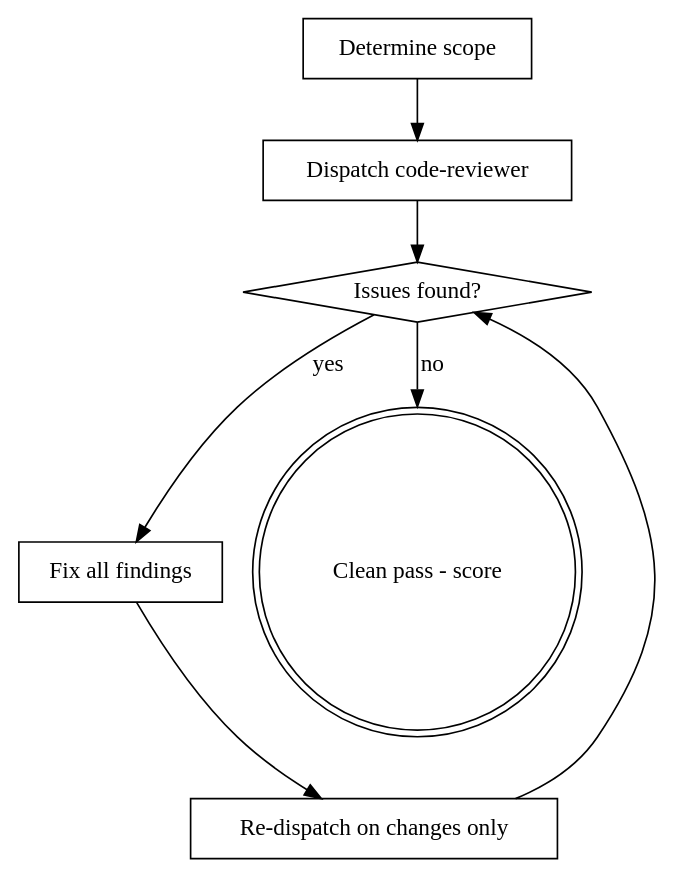
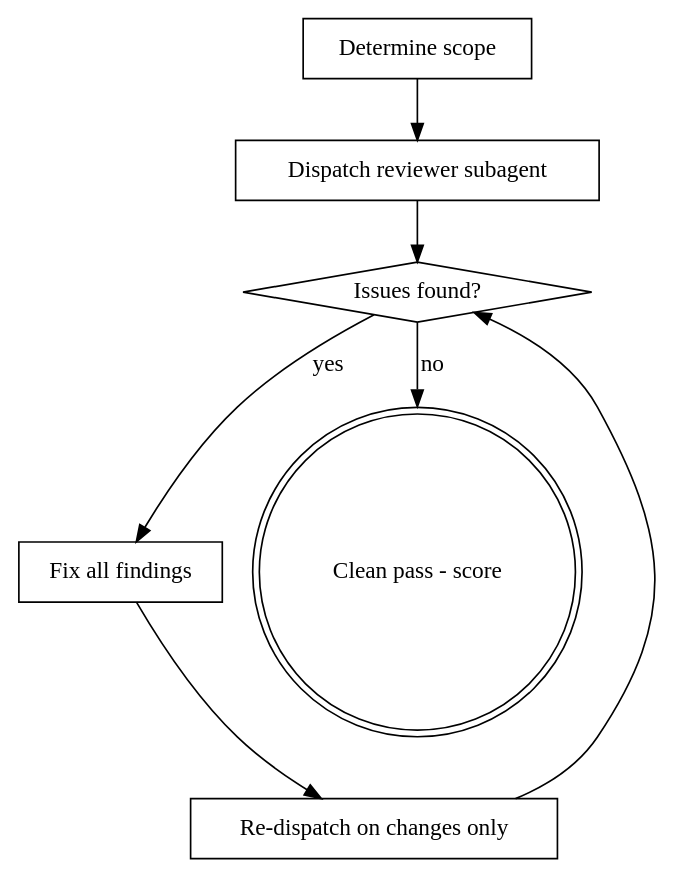
Before and after one commit to NecturaLabs/AgentSkills: the second of 2 diagrams in skills/iterative-code-review/SKILL.md, drawn with Graphviz. The commit also changed other lines of this file and 1 other file, not shown here.

First line of the commit message:
fix: dispatch reviewer subagent instead of removed agent

````diff
--- a/skills/iterative-code-review/SKILL.md
+++ b/skills/iterative-code-review/SKILL.md
@@ -55,17 +55,17 @@
 ```dot
 digraph review {
     "Determine scope" [shape=box];
-    "Dispatch code-reviewer" [shape=box];
+    "Dispatch reviewer subagent" [shape=box];
     "Issues found?" [shape=diamond];
     "Fix all findings" [shape=box];
     "Re-dispatch on changes only" [shape=box];
     "Clean pass - score" [shape=doublecircle];
 
-    "Determine scope" -> "Dispatch code-reviewer";
-    "Dispatch code-reviewer" -> "Issues found?";
+    "Determine scope" -> "Dispatch reviewer subagent";
+    "Dispatch reviewer subagent" -> "Issues found?";
     "Issues found?" -> "Fix all findings" [label="yes"];
     "Issues found?" -> "Clean pass - score" [label="no"];
     "Fix all findings" -> "Re-dispatch on changes only";
     "Re-dispatch on changes only" -> "Issues found?";
 }
 ```
````
